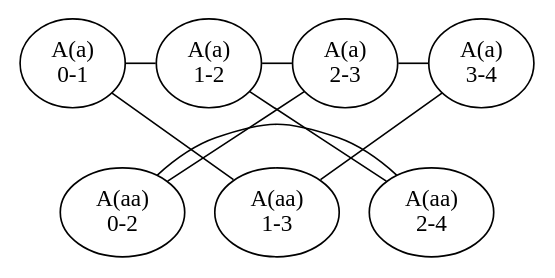
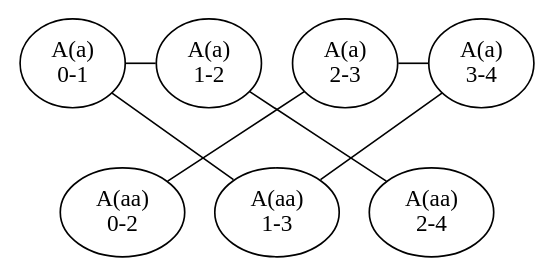
One commit to cwi-swat/sbfgtd changed the diagram in SBFGTD/doc/a_aa-forest.dot. Above: the diagram before and after it, drawn with Graphviz. The commit also changed 2 other files, not shown here.

```diff
--- a/SBFGTD/doc/a_aa-forest.dot
+++ b/SBFGTD/doc/a_aa-forest.dot
@@ -1,13 +1,13 @@
 digraph graphname{
   "A(a)\n2-3" -> "A(a)\n3-4" [arrowhead="none",arrowtail="normal"]
-  "A(a)\n1-2" -> "A(a)\n2-3" [arrowhead="none",arrowtail="normal"]
+  "A(a)\n1-2" -> "A(a)\n2-3" [arrowhead="none",arrowtail="none",style=invisible]
   "A(a)\n0-1" -> "A(a)\n1-2" [arrowhead="none",arrowtail="normal"]
-  "A(aa)\n0-2" -> "A(aa)\n2-4" [arrowhead="none",arrowtail="normal"]
+  "A(aa)\n0-2" -> "A(aa)\n2-4" [arrowhead="none",arrowtail="none",style=invisible]
   "A(a)\n1-2" -> "A(aa)\n2-4" [arrowhead="none",arrowtail="normal"]
   "A(aa)\n1-3" -> "A(a)\n3-4" [arrowhead="none",arrowtail="normal"]
   "A(a)\n0-1" -> "A(aa)\n1-3" [arrowhead="none",arrowtail="normal"]
   "A(aa)\n0-2" -> "A(a)\n2-3" [arrowhead="none",arrowtail="normal"]
   
   {rank=same "A(a)\n0-1" "A(a)\n1-2" "A(a)\n2-3" "A(a)\n3-4"}
   {rank=same "A(aa)\n0-2" "A(aa)\n1-3" "A(aa)\n2-4"}
 }
```
